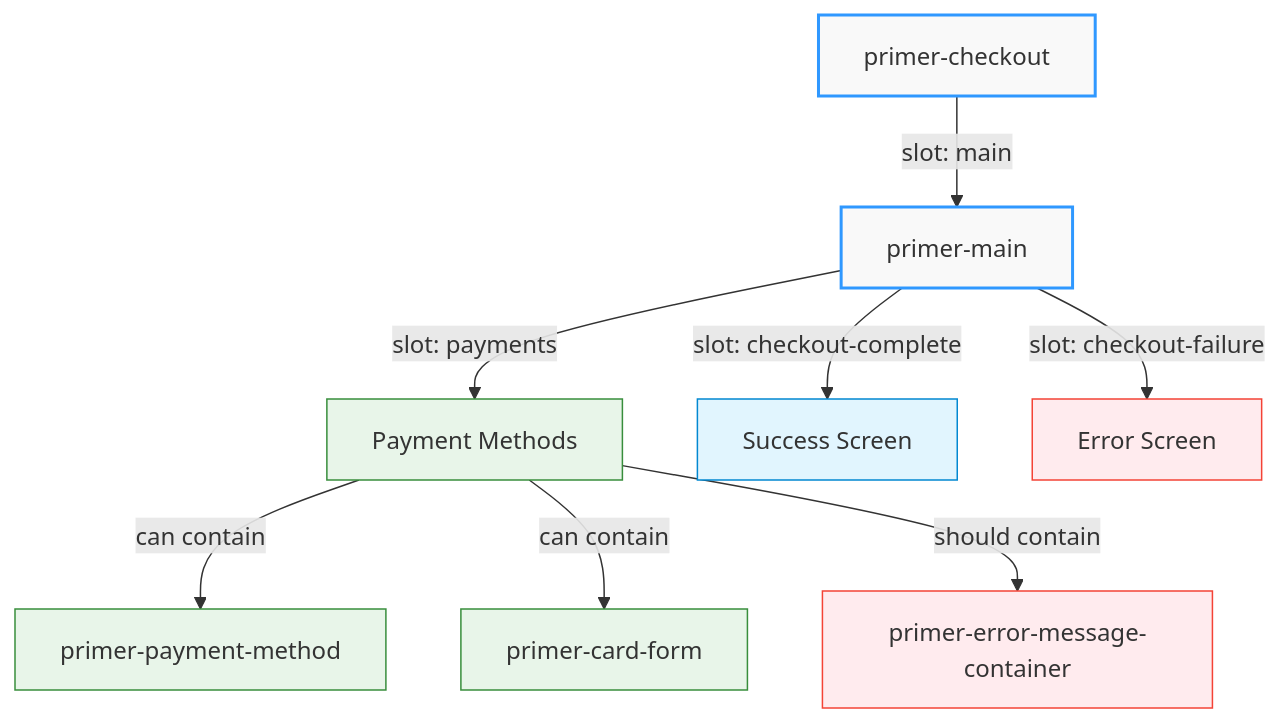
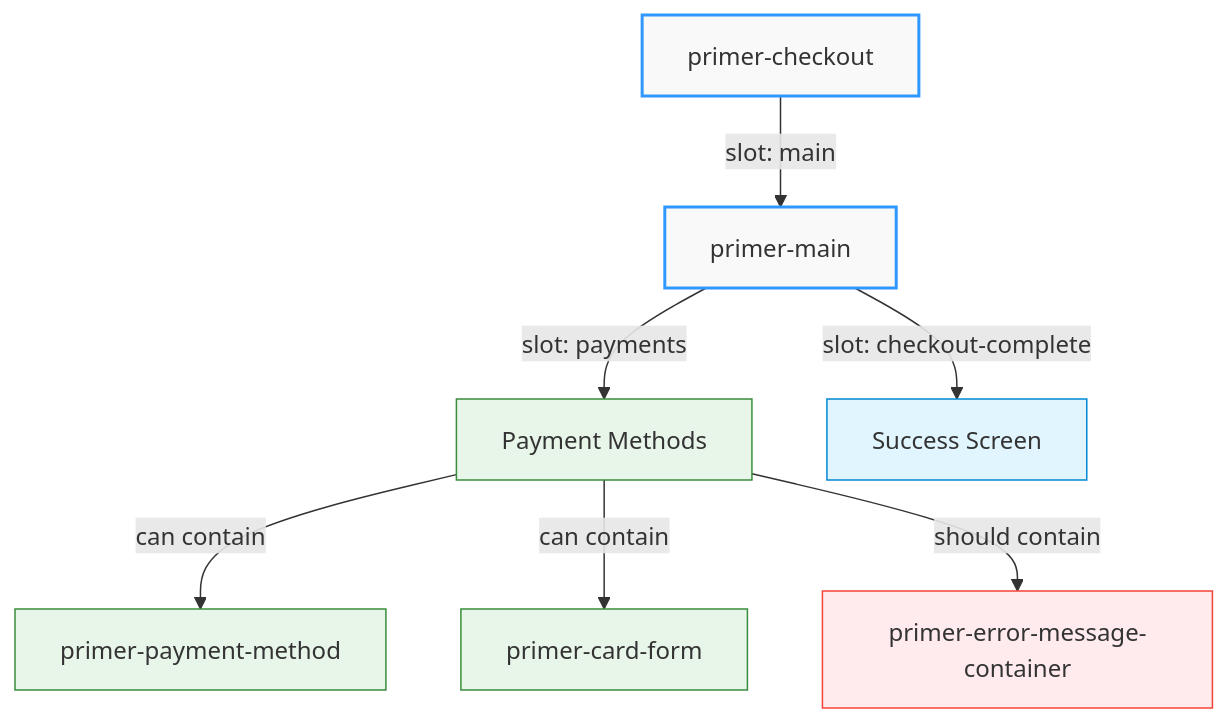
One commit to primer-io/examples changed the second of 3 diagrams in docs/documentation/guides/layout-customizations-guide.md. Above: the diagram before and after it, drawn with Mermaid. The commit also changed other lines of this file and 33 other files, not shown here.

````diff
--- a/docs/documentation/guides/layout-customizations-guide.md
+++ b/docs/documentation/guides/layout-customizations-guide.md
@@ -44,19 +44,17 @@
 ```mermaid
 flowchart TD
     A[primer-checkout] -->|slot: main| B[primer-main]
     B -->|slot: payments| C[Payment Methods]
     B -->|slot: checkout-complete| D[Success Screen]
-    B -->|slot: checkout-failure| E[Error Screen]
     C -->|can contain| F[primer-payment-method]
     C -->|can contain| G[primer-card-form]
     C -->|should contain| H[primer-error-message-container]
 
     style A fill:#f9f9f9,stroke:#2f98ff,stroke-width:2px
     style B fill:#f9f9f9,stroke:#2f98ff,stroke-width:2px
     style C fill:#e8f5e9,stroke:#388e3c,stroke-width:1px
     style D fill:#e1f5fe,stroke:#0288d1,stroke-width:1px
-    style E fill:#ffebee,stroke:#f44336,stroke-width:1px
     style F fill:#e8f5e9,stroke:#388e3c,stroke-width:1px
     style G fill:#e8f5e9,stroke:#388e3c,stroke-width:1px
     style H fill:#ffebee,stroke:#f44336,stroke-width:1px
 ```
````
